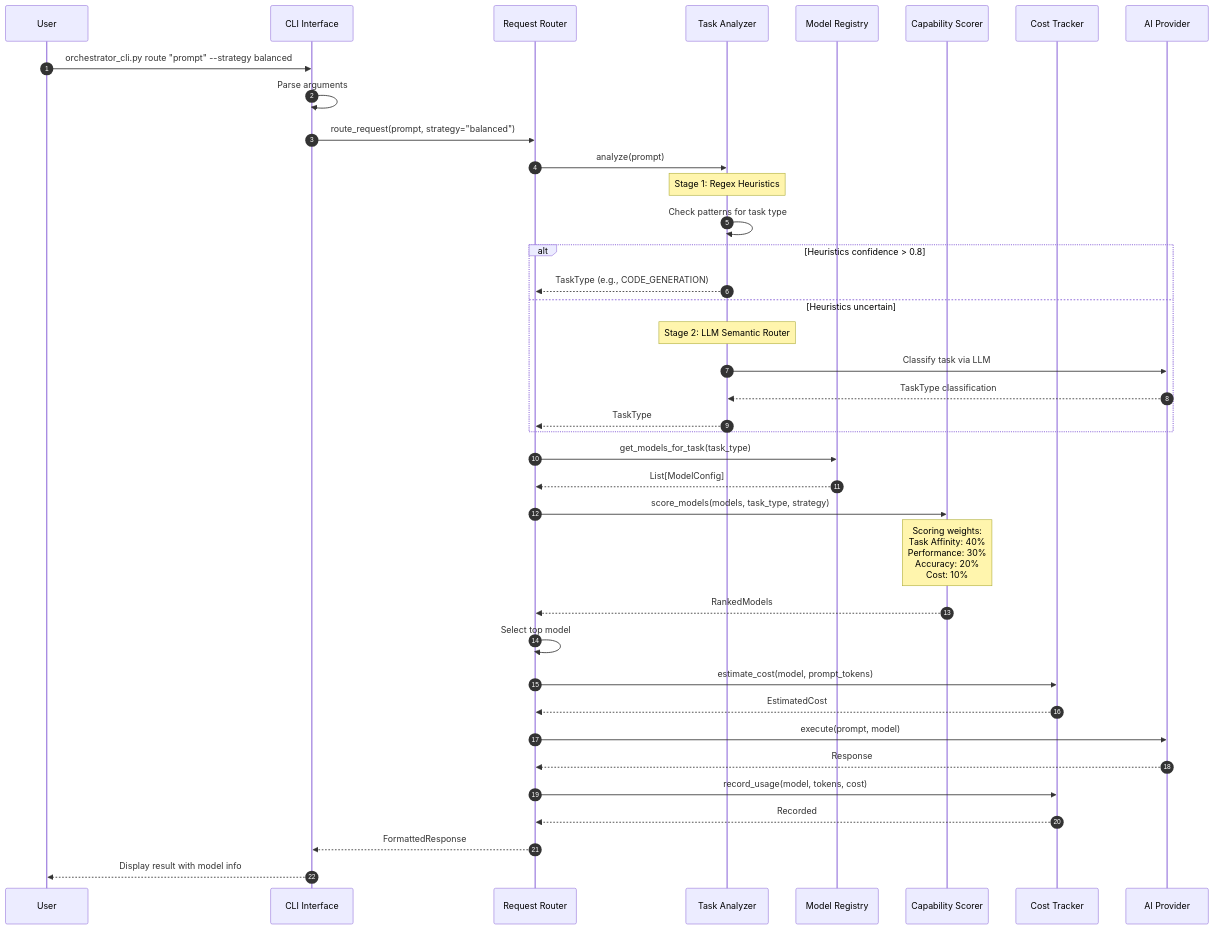
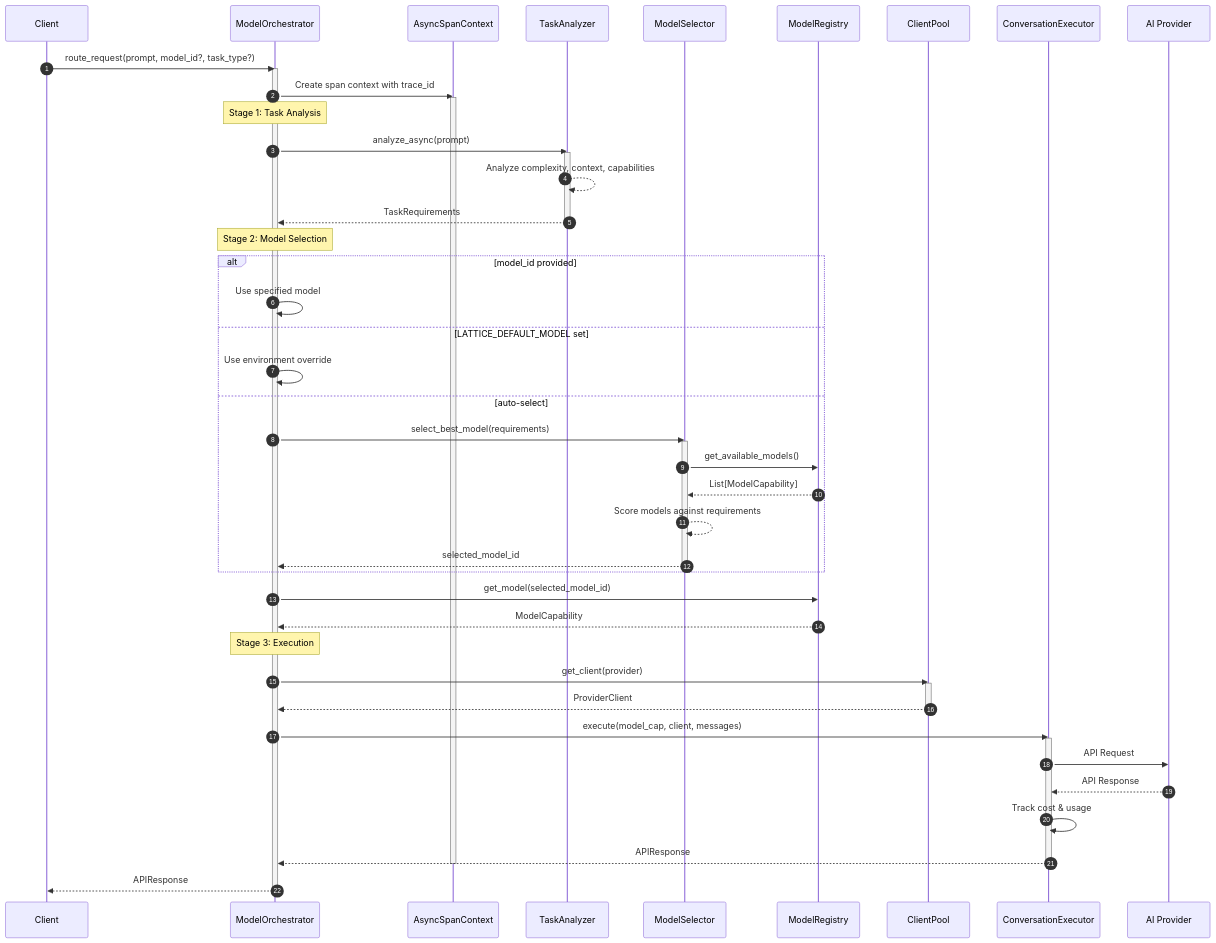
The first of 10 diagrams in docs/architecture/sequence_diagrams.md (klappe-pm/_lattice_lock_framework), drawn with Mermaid before and after one commit. The commit also changed other lines of this file and 203 other files, not shown here.

Commit message:
docs: standardize diagrams, implement full diagram suite, and map metadata

````diff
--- a/docs/architecture/sequence_diagrams.md
+++ b/docs/architecture/sequence_diagrams.md
@@ -9,49 +26,62 @@
 ```mermaid
 sequenceDiagram
     autonumber
-    participant User
-    participant CLI as CLI Interface
-    participant Router as Request Router
-    participant Analyzer as Task Analyzer
-    participant Registry as Model Registry
-    participant Scorer as Capability Scorer
-    participant Cost as Cost Tracker
+    participant Client
+    participant Orchestrator as ModelOrchestrator
+    participant Tracer as AsyncSpanContext
+    participant Analyzer as TaskAnalyzer
+    participant Selector as ModelSelector
+    participant Registry as ModelRegistry
+    participant Pool as ClientPool
+    participant Executor as ConversationExecutor
     participant Provider as AI Provider
 
-    User->>CLI: orchestrator_cli.py route "prompt" --strategy balanced
-    CLI->>CLI: Parse arguments
-    CLI->>Router: route_request(prompt, strategy="balanced")
+    Client->>Orchestrator: route_request(prompt, model_id?, task_type?)
 
-    Router->>Analyzer: analyze(prompt)
-    Note over Analyzer: Stage 1: Regex Heuristics
-    Analyzer->>Analyzer: Check patterns for task type
+    activate Orchestrator
+    Orchestrator->>Tracer: Create span context with trace_id
+    activate Tracer
 
-    alt Heuristics confidence > 0.8
-        Analyzer-->>Router: TaskType (e.g., CODE_GENERATION)
-    else Heuristics uncertain
-        Note over Analyzer: Stage 2: LLM Semantic Router
-        Analyzer->>Provider: Classify task via LLM
-        Provider-->>Analyzer: TaskType classification
-        Analyzer-->>Router: TaskType
+    Note over Orchestrator: Stage 1: Task Analysis
+    Orchestrator->>Analyzer: analyze_async(prompt)
+    activate Analyzer
+    Analyzer-->>Analyzer: Analyze complexity, context, capabilities
+    Analyzer-->>Orchestrator: TaskRequirements
+    deactivate Analyzer
+
+    Note over Orchestrator: Stage 2: Model Selection
+    alt model_id provided
+        Orchestrator->>Orchestrator: Use specified model
+    else LATTICE_DEFAULT_MODEL set
+        Orchestrator->>Orchestrator: Use environment override
+    else auto-select
+        Orchestrator->>Selector: select_best_model(requirements)
+        activate Selector
+        Selector->>Registry: get_available_models()
+        Registry-->>Selector: List[ModelCapability]
+        Selector-->>Selector: Score models against requirements
+        Selector-->>Orchestrator: selected_model_id
+        deactivate Selector
     end
 
-    Router->>Registry: get_models_for_task(task_type)
-    Registry-->>Router: List[ModelConfig]
+    Orchestrator->>Registry: get_model(selected_model_id)
+    Registry-->>Orchestrator: ModelCapability
 
-    Router->>Scorer: score_models(models, task_type, strategy)
-    Note over Scorer: Scoring weights:<br/>Task Affinity: 40%<br/>Performance: 30%<br/>Accuracy: 20%<br/>Cost: 10%
-    Scorer-->>Router: RankedModels
+    Note over Orchestrator: Stage 3: Execution
+    Orchestrator->>Pool: get_client(provider)
+    activate Pool
+    Pool-->>Orchestrator: ProviderClient
+    deactivate Pool
 
-    Router->>Router: Select top model
-    Router->>Cost: estimate_cost(model, prompt_tokens)
-    Cost-->>Router: EstimatedCost
+    Orchestrator->>Executor: execute(model_cap, client, messages)
+    activate Executor
+    Executor->>Provider: API Request
+    Provider-->>Executor: API Response
+    Executor->>Executor: Track cost & usage
+    Executor-->>Orchestrator: APIResponse
+    deactivate Executor
 
-    Router->>Provider: execute(prompt, model)
-    Provider-->>Router: Response
-
-    Router->>Cost: record_usage(model, tokens, cost)
-    Cost-->>Router: Recorded
-
-    Router-->>CLI: FormattedResponse
-    CLI-->>User: Display result with model info
+    deactivate Tracer
+    Orchestrator-->>Client: APIResponse
+    deactivate Orchestrator
 ```
````
